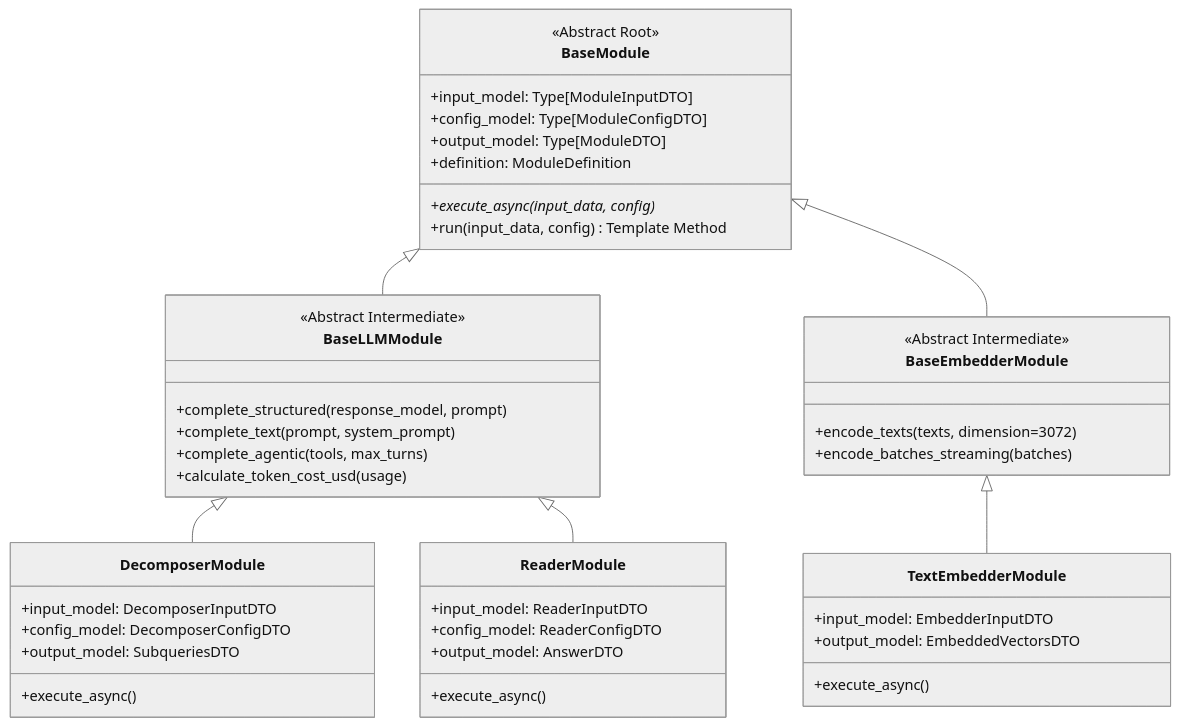
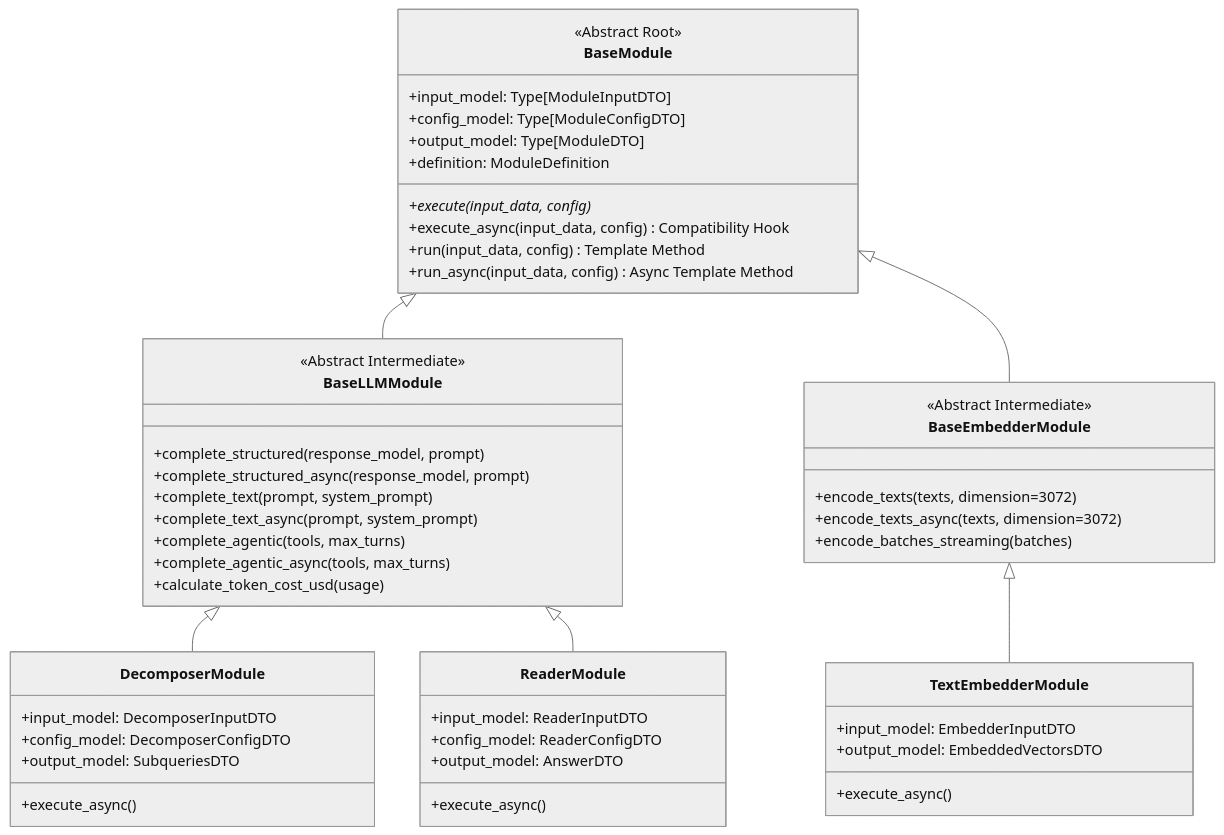
Before and after one commit to bist-mini-final/bist-mini-final: the diagram in docs/final_report/03_system_architecture_and_design/SEC-302_class_diagrams_and_contracts.md, drawn with Mermaid (neutral theme). The commit also changed 138 other files, not shown here.

````diff
--- a/docs/final_report/03_system_architecture_and_design/SEC-302_class_diagrams_and_contracts.md
+++ b/docs/final_report/03_system_architecture_and_design/SEC-302_class_diagrams_and_contracts.md
@@ -11,52 +11,58 @@
 ```mermaid
 classDiagram
     class BaseModule {
         <<Abstract Root>>
         +input_model: Type[ModuleInputDTO]
         +config_model: Type[ModuleConfigDTO]
         +output_model: Type[ModuleDTO]
         +definition: ModuleDefinition
-        +execute_async(input_data, config)*
+        +execute(input_data, config)*
+        +execute_async(input_data, config) Compatibility Hook
         +run(input_data, config) Template Method
+        +run_async(input_data, config) Async Template Method
     }
 
     class BaseLLMModule {
         <<Abstract Intermediate>>
         +complete_structured(response_model, prompt)
+        +complete_structured_async(response_model, prompt)
         +complete_text(prompt, system_prompt)
+        +complete_text_async(prompt, system_prompt)
         +complete_agentic(tools, max_turns)
+        +complete_agentic_async(tools, max_turns)
         +calculate_token_cost_usd(usage)
     }
 
     class BaseEmbedderModule {
         <<Abstract Intermediate>>
         +encode_texts(texts, dimension=3072)
+        +encode_texts_async(texts, dimension=3072)
         +encode_batches_streaming(batches)
     }
 
     class DecomposerModule {
         +input_model: DecomposerInputDTO
         +config_model: DecomposerConfigDTO
         +output_model: SubqueriesDTO
         +execute_async()
     }
 
     class ReaderModule {
         +input_model: ReaderInputDTO
         +config_model: ReaderConfigDTO
         +output_model: AnswerDTO
         +execute_async()
     }
 
     class TextEmbedderModule {
         +input_model: EmbedderInputDTO
         +output_model: EmbeddedVectorsDTO
         +execute_async()
     }
 
     BaseModule <|-- BaseLLMModule
     BaseModule <|-- BaseEmbedderModule
     BaseLLMModule <|-- DecomposerModule
     BaseLLMModule <|-- ReaderModule
     BaseEmbedderModule <|-- TextEmbedderModule
 ```
````
